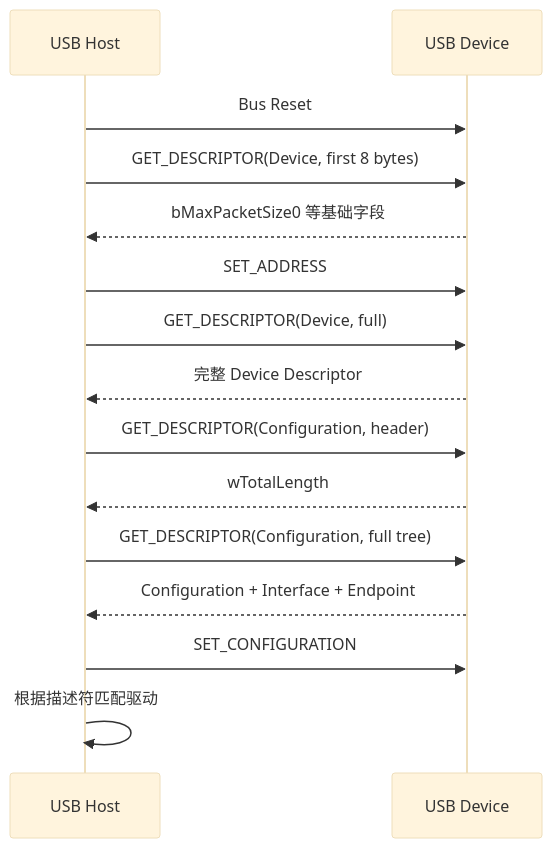
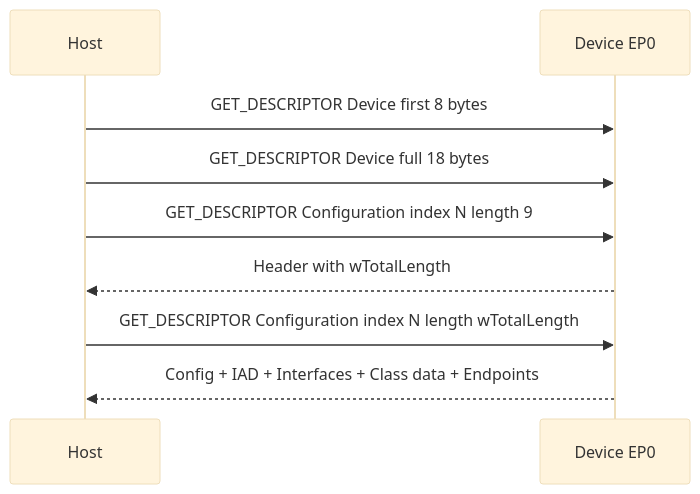
One commit to cdragon-ljl/EEandEdgeAI changed the second of 3 diagrams in docs/articles/usb/usb-03-usb-descriptors-deep-dive.md. Above: the diagram before and after it, drawn with Mermaid (base theme). The commit also changed other lines of this file and 2 other files, not shown here.

Commit message:
docs: rebuild USB foundations and enumeration

````diff
--- a/docs/articles/usb/usb-03-usb-descriptors-deep-dive.md
+++ b/docs/articles/usb/usb-03-usb-descriptors-deep-dive.md
@@ -75,17 +84,11 @@
 ```mermaid
 sequenceDiagram
-    participant H as USB Host
-    participant D as USB Device
-    H->>D: Bus Reset
-    H->>D: GET_DESCRIPTOR(Device, first 8 bytes)
-    D-->>H: bMaxPacketSize0 等基础字段
-    H->>D: SET_ADDRESS
-    H->>D: GET_DESCRIPTOR(Device, full)
-    D-->>H: 完整 Device Descriptor
-    H->>D: GET_DESCRIPTOR(Configuration, header)
-    D-->>H: wTotalLength
-    H->>D: GET_DESCRIPTOR(Configuration, full tree)
-    D-->>H: Configuration + Interface + Endpoint
-    H->>D: SET_CONFIGURATION
-    H->>H: 根据描述符匹配驱动
+    participant H as Host
+    participant D as Device EP0
+    H->>D: GET_DESCRIPTOR Device first 8 bytes
+    H->>D: GET_DESCRIPTOR Device full 18 bytes
+    H->>D: GET_DESCRIPTOR Configuration index N length 9
+    D-->>H: Header with wTotalLength
+    H->>D: GET_DESCRIPTOR Configuration index N length wTotalLength
+    D-->>H: Config + IAD + Interfaces + Class data + Endpoints
 ```
````
